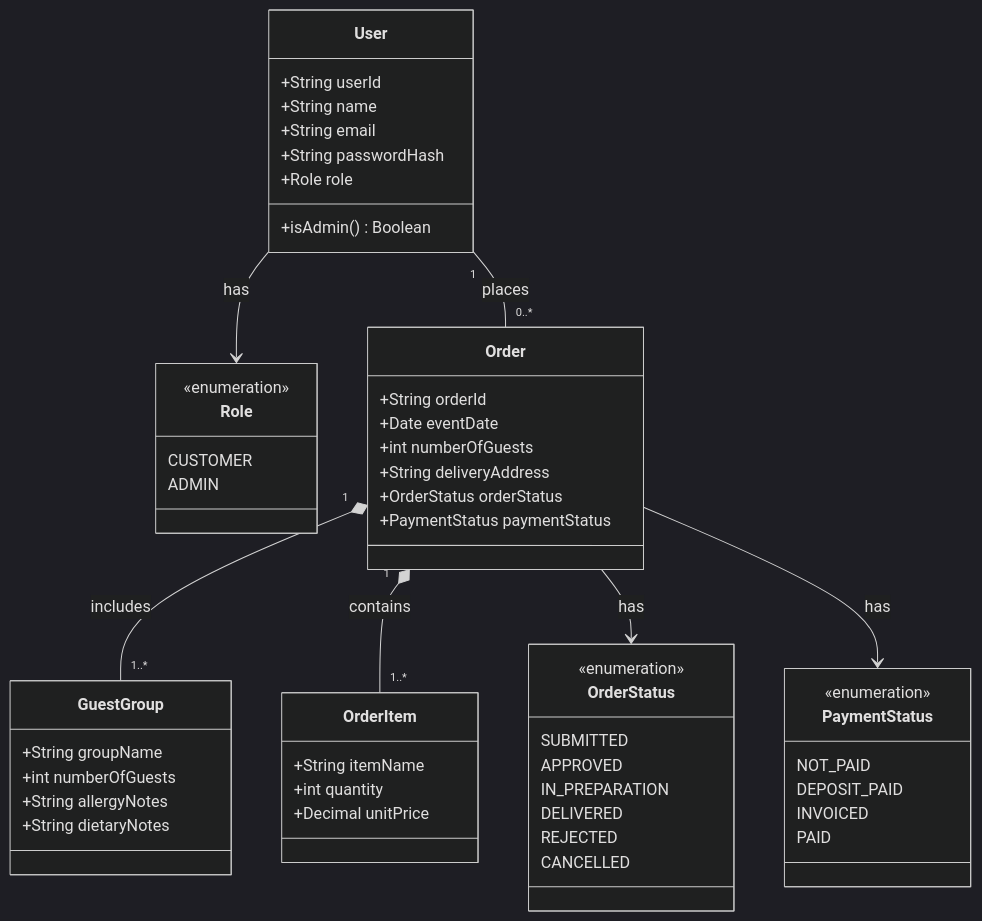
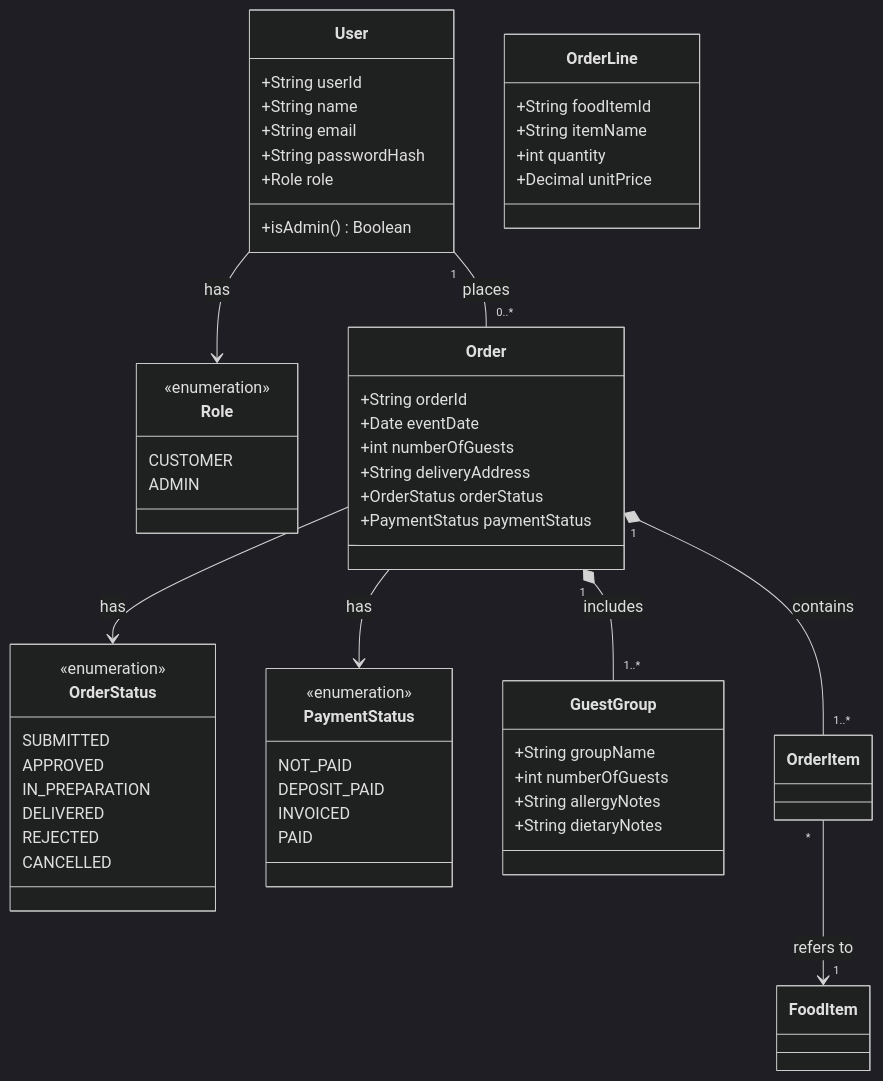
Before and after one commit to vikri8772/assignment4: the diagram in docs/plans/domain-orders-class.md, drawn with Mermaid (dark theme).

````diff
--- a/docs/plans/domain-orders-class.md
+++ b/docs/plans/domain-orders-class.md
@@ -1,67 +1,71 @@
 ```mermaid
 classDiagram
     direction TB
 
     class User {
         +String userId
         +String name
         +String email
         +String passwordHash
         +Role role
         +isAdmin() Boolean
     }
 
     class Role {
         <<enumeration>>
         CUSTOMER
         ADMIN
     }
 
     class OrderStatus {
             <<enumeration>>
             SUBMITTED
             APPROVED
             IN_PREPARATION
             DELIVERED
             REJECTED
             CANCELLED
         }
     
     class PaymentStatus {
             <<enumeration>>
             NOT_PAID
             DEPOSIT_PAID
             INVOICED
             PAID
         }
 
     class Order {
         +String orderId
         +Date eventDate
         +int numberOfGuests
         +String deliveryAddress
         +OrderStatus orderStatus
         +PaymentStatus paymentStatus
     }
 
     class GuestGroup {
         +String groupName
         +int numberOfGuests
         +String allergyNotes
         +String dietaryNotes
     }
 
-    class OrderItem {
+    class OrderLine {
+        +String foodItemId
         +String itemName
         +int quantity
         +Decimal unitPrice
     }
+
+    class FoodItem
 
     User --> Role : has
     User "1" -- "0..*" Order : places
     Order "1" *-- "1..*" GuestGroup : includes
     Order "1" *-- "1..*" OrderItem : contains
     Order --> OrderStatus : has
     Order --> PaymentStatus : has
+    OrderItem "*" --> "1" FoodItem : refers to
 
 ```
````
